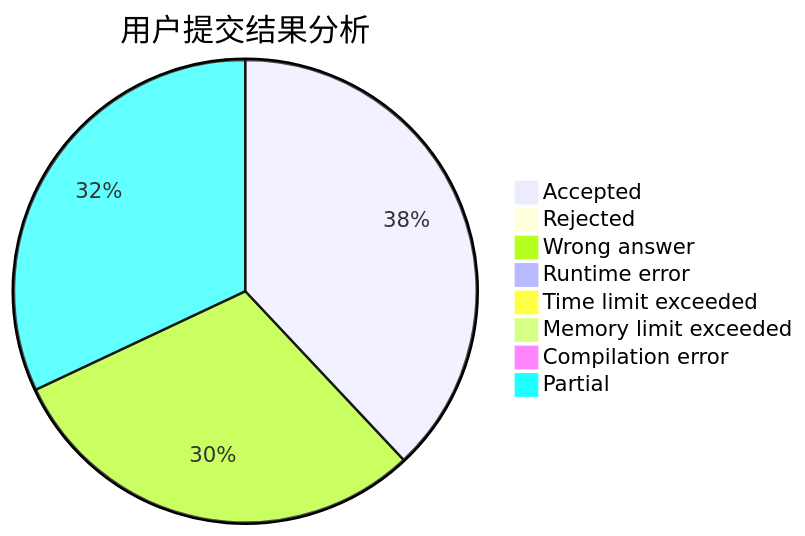
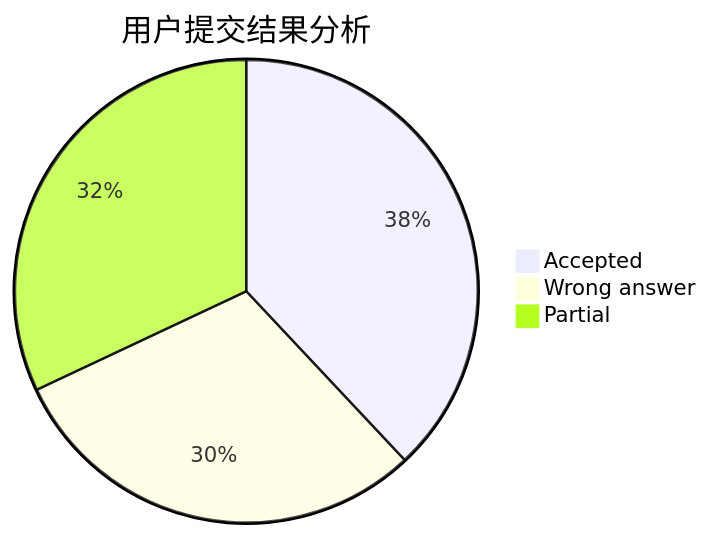
The first of 3 diagrams in docs/user/u1777.md (sherpahu/cfrs.github.io), drawn with Mermaid before and after one commit. The commit also changed other lines of this file and 2770 other files, not shown here.

````diff
--- a/docs/user/u1777.md
+++ b/docs/user/u1777.md
@@ -5,11 +5,6 @@
 ```mermaid
 pie title 用户提交结果分析
     "Accepted" :  19
-    "Rejected" :  0
     "Wrong answer" :  15
-    "Runtime error" :  0
-    "Time limit exceeded" :  0
-    "Memory limit exceeded" :  0
-    "Compilation error" :  0
     "Partial" :  16
 ```
````
